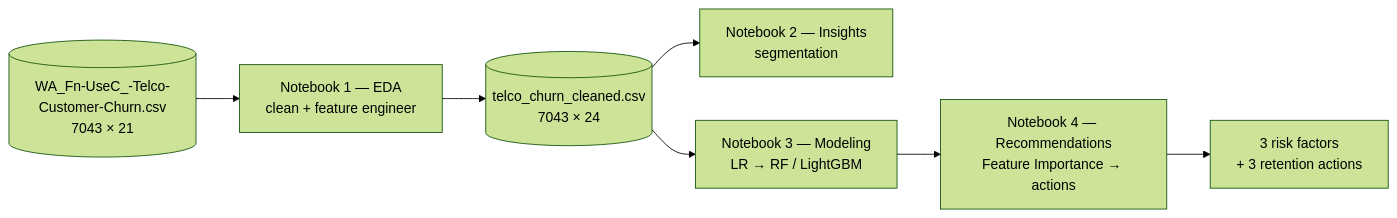
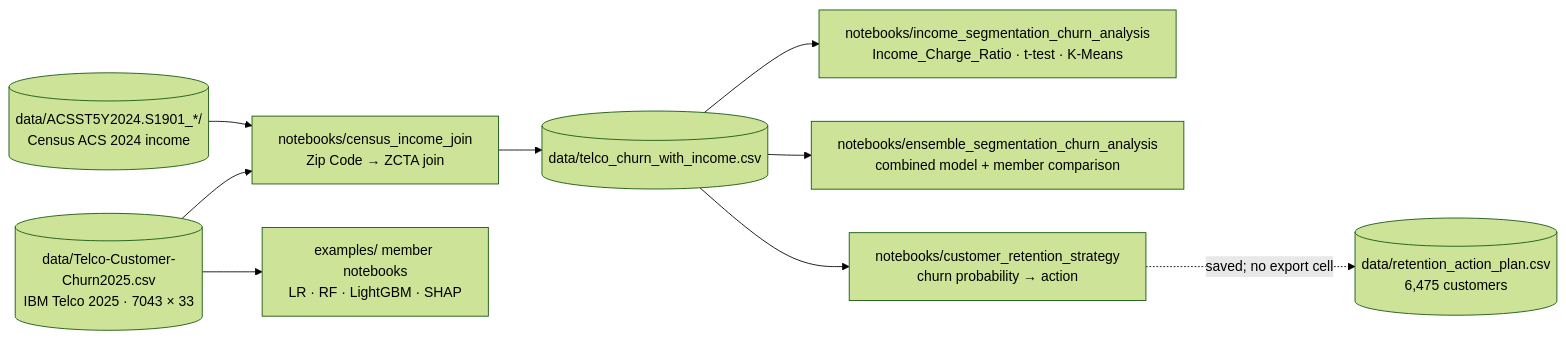
Before and after one commit to PJH720/churn-guard: the diagram in wiki/Architecture.md, drawn with Mermaid (forest theme). The commit also changed other lines of this file and 12 other files, not shown here.

````diff
--- a/wiki/Architecture.md
+++ b/wiki/Architecture.md
@@ -7,9 +9,11 @@
 ```mermaid
 flowchart LR
-    raw[("WA_Fn-UseC_-Telco-Customer-Churn.csv<br/>7043 × 21")] --> nb1
-    nb1["Notebook 1 — EDA<br/>clean + feature engineer"] --> cleaned[("telco_churn_cleaned.csv<br/>7043 × 24")]
-    cleaned --> nb2["Notebook 2 — Insights<br/>segmentation"]
-    cleaned --> nb3["Notebook 3 — Modeling<br/>LR → RF / LightGBM"]
-    nb3 --> nb4["Notebook 4 — Recommendations<br/>Feature Importance → actions"]
-    nb4 --> out["3 risk factors<br/>+ 3 retention actions"]
+    telco[("data/Telco-Customer-Churn2025.csv<br/>IBM Telco 2025 · 7043 × 33")] --> join
+    acs[("data/ACSST5Y2024.S1901_*/<br/>Census ACS 2024 income")] --> join
+    join["notebooks/census_income_join<br/>Zip Code → ZCTA join"] --> inc[("data/telco_churn_with_income.csv")]
+    inc --> seg["notebooks/income_segmentation_churn_analysis<br/>Income_Charge_Ratio · t-test · K-Means"]
+    inc --> ens["notebooks/ensemble_segmentation_churn_analysis<br/>combined model + member comparison"]
+    inc --> ret["notebooks/customer_retention_strategy<br/>churn probability → action"]
+    ret -. "saved; no export cell" .-> plan[("data/retention_action_plan.csv<br/>6,475 customers")]
+    telco --> ex["examples/ member notebooks<br/>LR · RF · LightGBM · SHAP"]
 ```
````
